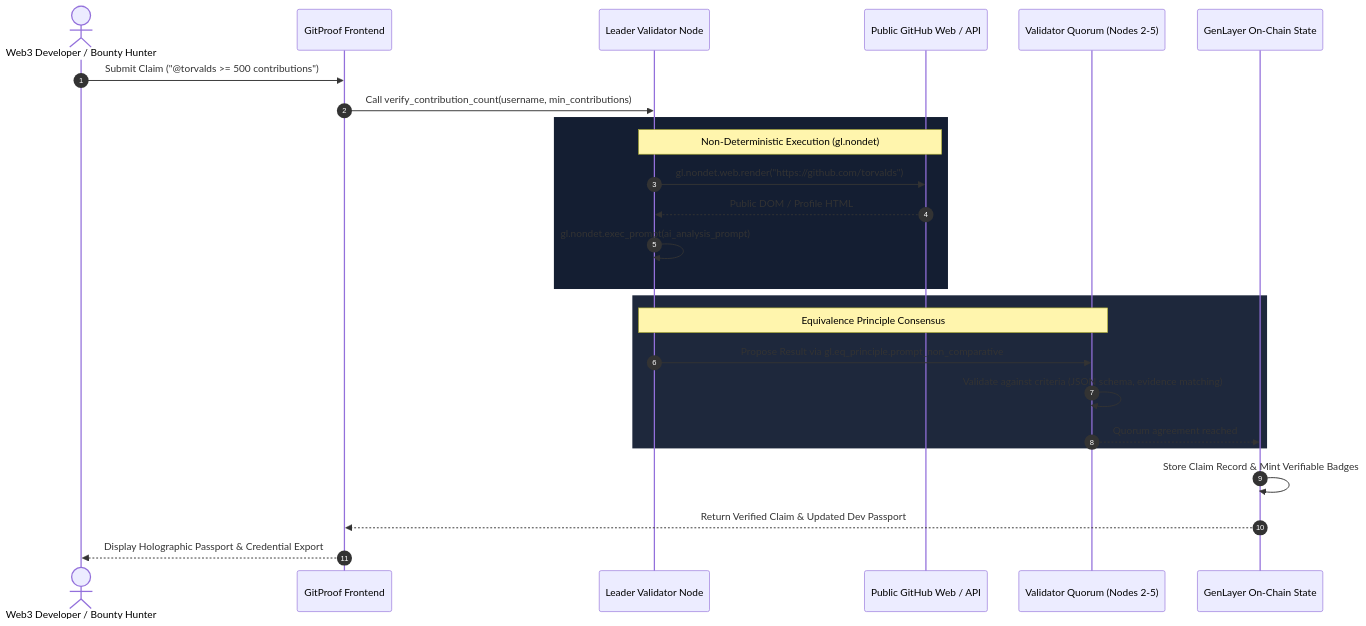
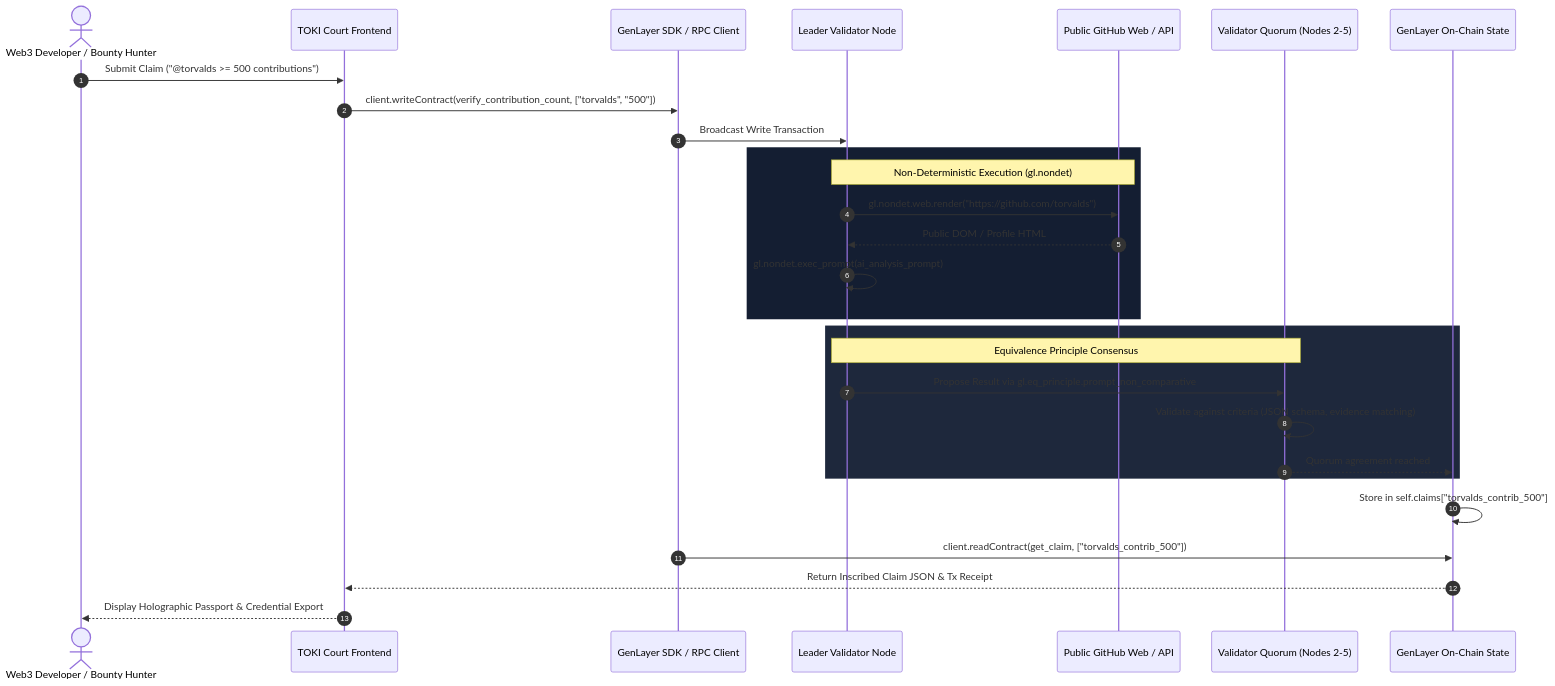
The diagram in README.md (KennyGodman/Gitproof), drawn with Mermaid before and after one commit. The commit also changed other lines of this file and 6 other files, not shown here.

Commit message:
feat: integrate real GenLayer contract read/write calls and live Web3 wallet

````diff
--- a/README.md
+++ b/README.md
@@ -20,31 +32,34 @@
 ```mermaid
 sequenceDiagram
     autonumber
     actor User as Web3 Developer / Bounty Hunter
-    participant DApp as GitProof Frontend
+    participant DApp as TOKI Court Frontend
+    participant Provider as GenLayer SDK / RPC Client
     participant Leader as Leader Validator Node
     participant GitHub as Public GitHub Web / API
     participant Nodes as Validator Quorum (Nodes 2-5)
     participant State as GenLayer On-Chain State
 
     User->>DApp: Submit Claim ("@torvalds >= 500 contributions")
-    DApp->>Leader: Call verify_contribution_count(username, min_contributions)
+    DApp->>Provider: client.writeContract(verify_contribution_count, ["torvalds", "500"])
+    Provider->>Leader: Broadcast Write Transaction
     
     rect rgb(20, 30, 50)
     Note over Leader,GitHub: Non-Deterministic Execution (gl.nondet)
     Leader->>GitHub: gl.nondet.web.render("https://github.com/torvalds")
     GitHub-->>Leader: Public DOM / Profile HTML
     Leader->>Leader: gl.nondet.exec_prompt(ai_analysis_prompt)
     end
 
     rect rgb(30, 40, 60)
     Note over Leader,Nodes: Equivalence Principle Consensus
     Leader->>Nodes: Propose Result via gl.eq_principle.prompt_non_comparative
     Nodes->>Nodes: Validate against criteria (JSON schema, evidence matching)
     Nodes-->>State: Quorum agreement reached
     end
 
-    State->>State: Store Claim Record & Mint Verifiable Badges
-    State-->>DApp: Return Verified Claim & Updated Dev Passport
+    State->>State: Store in self.claims["torvalds_contrib_500"]
+    Provider->>State: client.readContract(get_claim, ["torvalds_contrib_500"])
+    State-->>DApp: Return Inscribed Claim JSON & Tx Receipt
     DApp-->>User: Display Holographic Passport & Credential Export
 ```
````
